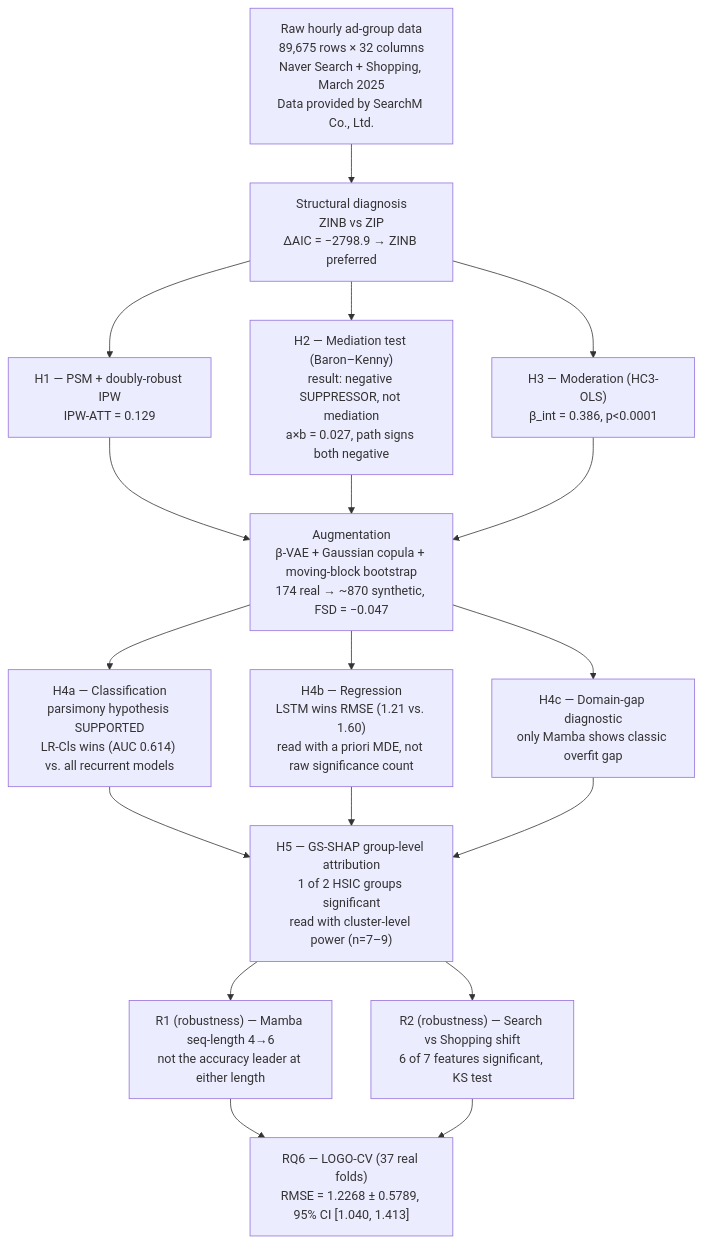
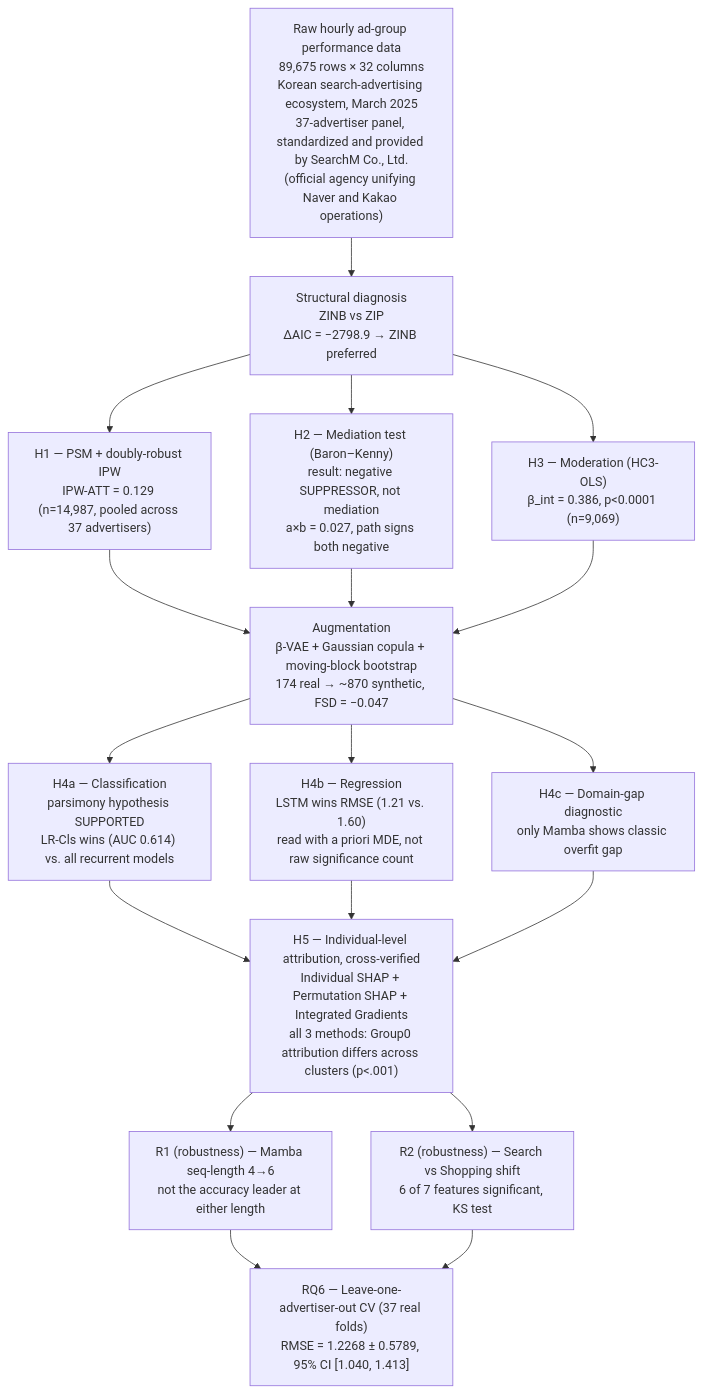
One commit to LEEYJ1021/sadaf changed the diagram in README.md. Above: the diagram before and after it, drawn with Mermaid. The commit also changed other lines of this file, not shown here.

````diff
--- a/README.md
+++ b/README.md
@@ -120,20 +117,20 @@
 ```mermaid
 flowchart TD
-    A["Raw hourly ad-group data\n89,675 rows × 32 columns\nNaver Search + Shopping, March 2025\nData provided by SearchM Co., Ltd."] --> B["Structural diagnosis\nZINB vs ZIP\nΔAIC = −2798.9 → ZINB preferred"]
-    B --> C1["H1 — PSM + doubly-robust IPW\nIPW-ATT = 0.129"]
+    A["Raw hourly ad-group performance data\n89,675 rows × 32 columns\nKorean search-advertising ecosystem, March 2025\n37-advertiser panel, standardized and provided by SearchM Co., Ltd.\n(official agency unifying Naver and Kakao operations)"] --> B["Structural diagnosis\nZINB vs ZIP\nΔAIC = −2798.9 → ZINB preferred"]
+    B --> C1["H1 — PSM + doubly-robust IPW\nIPW-ATT = 0.129 (n=14,987, pooled across 37 advertisers)"]
     B --> C2["H2 — Mediation test (Baron–Kenny)\nresult: negative SUPPRESSOR, not mediation\na×b = 0.027, path signs both negative"]
-    B --> C3["H3 — Moderation (HC3-OLS)\nβ_int = 0.386, p<0.0001"]
+    B --> C3["H3 — Moderation (HC3-OLS)\nβ_int = 0.386, p<0.0001 (n=9,069)"]
     C1 --> D["Augmentation\nβ-VAE + Gaussian copula + moving-block bootstrap\n174 real → ~870 synthetic, FSD = −0.047"]
     C2 --> D
     C3 --> D
     D --> E1["H4a — Classification\nparsimony hypothesis SUPPORTED\nLR-Cls wins (AUC 0.614) vs. all recurrent models"]
     D --> E2["H4b — Regression\nLSTM wins RMSE (1.21 vs. 1.60)\nread with a priori MDE, not raw significance count"]
     D --> E3["H4c — Domain-gap diagnostic\nonly Mamba shows classic overfit gap"]
-    E1 --> F["H5 — GS-SHAP group-level attribution\n1 of 2 HSIC groups significant\nread with cluster-level power (n=7–9)"]
+    E1 --> F["H5 — Individual-level attribution, cross-verified\nIndividual SHAP + Permutation SHAP + Integrated Gradients\nall 3 methods: Group0 attribution differs across clusters (p<.001)"]
     E2 --> F
     E3 --> F
     F --> R1["R1 (robustness) — Mamba seq-length 4→6\nnot the accuracy leader at either length"]
     F --> R2["R2 (robustness) — Search vs Shopping shift\n6 of 7 features significant, KS test"]
-    R1 --> H["RQ6 — LOGO-CV (37 real folds)\nRMSE = 1.2268 ± 0.5789, 95% CI [1.040, 1.413]"]
+    R1 --> H["RQ6 — Leave-one-advertiser-out CV (37 real folds)\nRMSE = 1.2268 ± 0.5789, 95% CI [1.040, 1.413]"]
     R2 --> H
 ```
````
